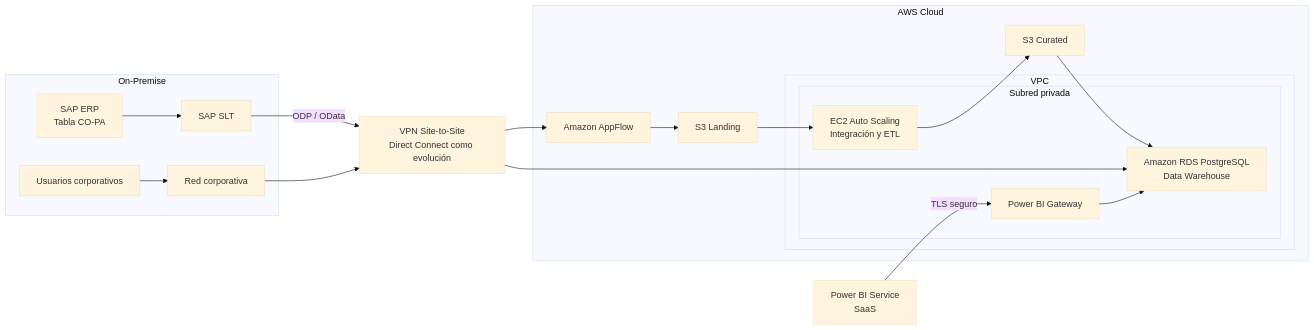
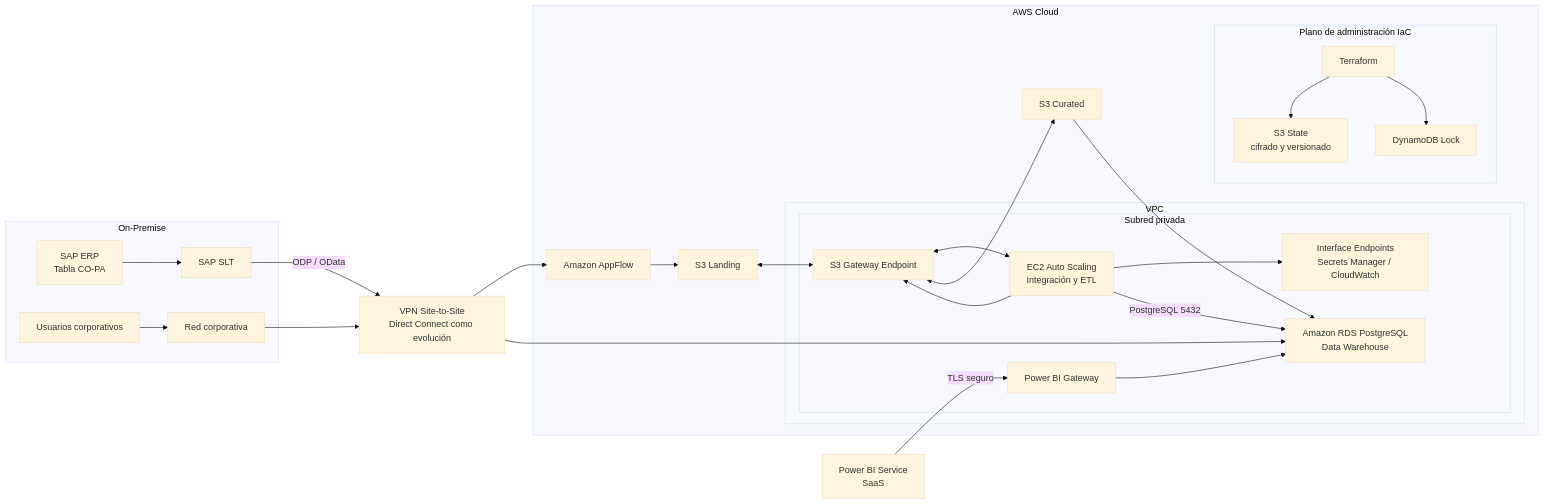
The diagram in docs/architecture.md (diegolagre/Proyecto-final), drawn with Mermaid (base theme) before and after one commit. The commit also changed other lines of this file and 1 other file, not shown here.

Commit message:
docs: align architecture audit with production fixes

````diff
--- a/docs/architecture.md
+++ b/docs/architecture.md
@@ -11,25 +11,36 @@
 ```mermaid
 flowchart LR
   subgraph OP[On-Premise]
     ERP["SAP ERP<br/>Tabla CO-PA"] --> SLT["SAP SLT"]
     USERS["Usuarios corporativos"] --> CORP["Red corporativa"]
   end
 
   HYBRID["VPN Site-to-Site<br/>Direct Connect como evolución"]
 
   subgraph AWS[AWS Cloud]
-    APPFLOW["Amazon AppFlow"] --> LANDING["S3 Landing"] --> ETL
+    APPFLOW["Amazon AppFlow"] --> LANDING["S3 Landing"]
     subgraph VPC[VPC]
       subgraph PRIVATE[Subred privada]
         ETL["EC2 Auto Scaling<br/>Integración y ETL"]
         RDS["Amazon RDS PostgreSQL<br/>Data Warehouse"]
         GW["Power BI Gateway"]
+        S3EP["S3 Gateway Endpoint"]
+        IFEP["Interface Endpoints<br/>Secrets Manager / CloudWatch"]
       end
     end
-    ETL --> CURATED["S3 Curated"] --> RDS
+    LANDING <--> S3EP <--> ETL
+    ETL --> IFEP
+    ETL -->|PostgreSQL 5432| RDS
+    ETL --> S3EP <--> CURATED["S3 Curated"]
+    CURATED --> RDS
+
+    subgraph IAC[Plano de administración IaC]
+      TF["Terraform"] --> STATE["S3 State<br/>cifrado y versionado"]
+      TF --> LOCK["DynamoDB Lock"]
+    end
   end
 
   SLT -->|ODP / OData| HYBRID --> APPFLOW
   CORP --> HYBRID --> RDS
   PBI["Power BI Service<br/>SaaS"] -->|TLS seguro| GW --> RDS
 ```
````
